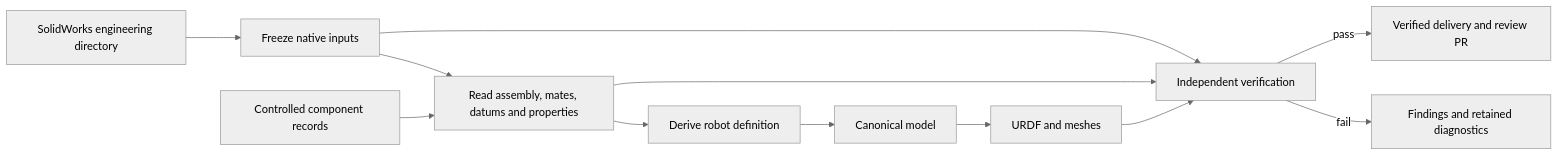
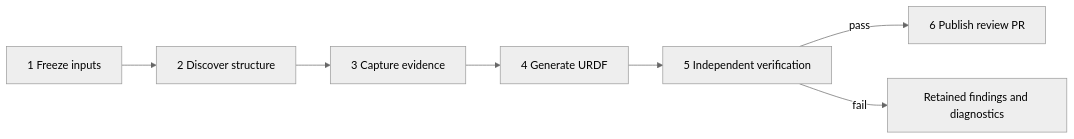
One commit to mimicverse/description-pipeline changed the diagram in docs/design.md. Above: the diagram before and after it, drawn with Mermaid (neutral theme). The commit also changed other lines of this file and 37 other files, not shown here.

Commit message:
Refactor the workflow into six verified engineering steps

````diff
--- a/docs/design.md
+++ b/docs/design.md
@@ -21,14 +19,9 @@
 ```mermaid
 flowchart LR
-  C[SolidWorks engineering directory] --> F[Freeze native inputs]
-  F --> R[Read assembly, mates, datums and properties]
-  L[Controlled component records] --> R
-  R --> D[Derive robot definition]
-  D --> M[Canonical model]
-  M --> U[URDF and meshes]
-  F --> V[Independent verification]
-  R --> V
-  U --> V
-  V -->|pass| P[Verified delivery and review PR]
-  V -->|fail| E[Findings and retained diagnostics]
+  F[1 Freeze inputs] --> D[2 Discover structure]
+  D --> C[3 Capture evidence]
+  C --> G[4 Generate URDF]
+  G --> V[5 Independent verification]
+  V -->|pass| P[6 Publish review PR]
+  V -->|fail| E[Retained findings and diagnostics]
 ```
````
